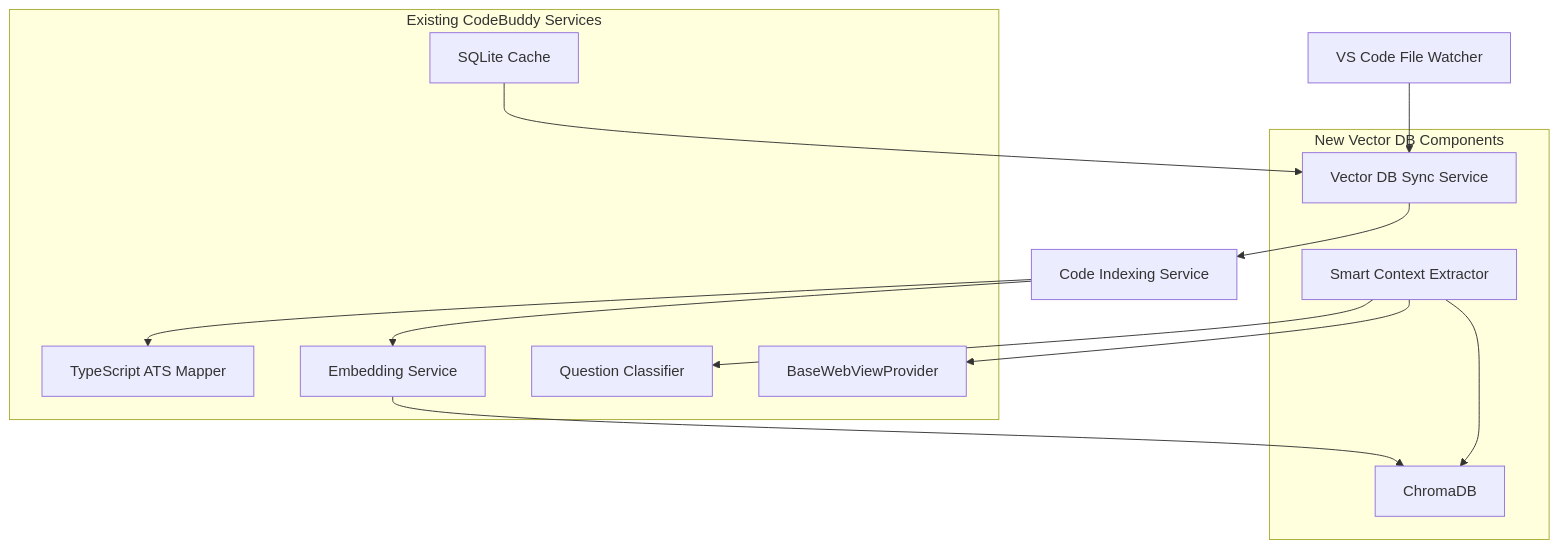
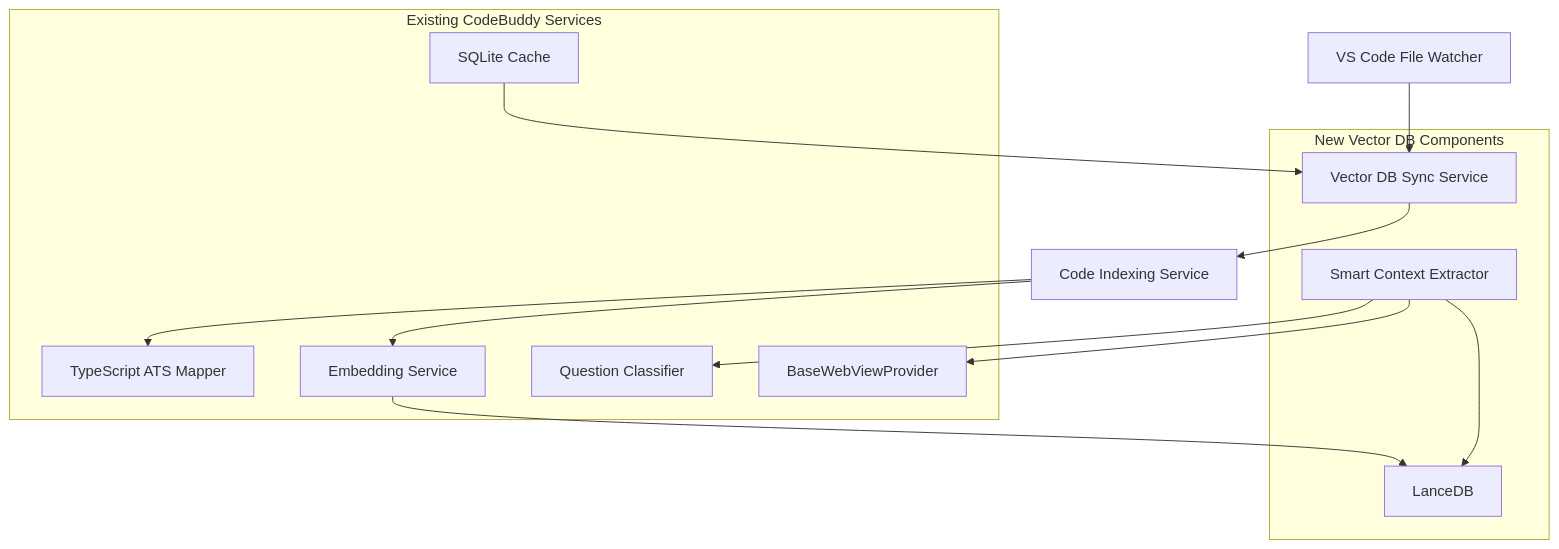
The diagram in docs/vector/VECTOR_DATABASE_KNOWLEDGEBASE.md (olasunkanmi-SE/codebuddy), drawn with Mermaid before and after one commit. The commit also changed other lines of this file and 11 other files, not shown here.

````diff
--- a/docs/vector/VECTOR_DATABASE_KNOWLEDGEBASE.md
+++ b/docs/vector/VECTOR_DATABASE_KNOWLEDGEBASE.md
@@ -55,26 +55,26 @@
 ```mermaid
 graph TB
     A[VS Code File Watcher] --> B[Vector DB Sync Service]
     B --> C[Code Indexing Service]
     C --> D[TypeScript ATS Mapper]
     C --> E[Embedding Service]
-    E --> F[ChromaDB]
+    E --> F[LanceDB]
     G[Smart Context Extractor] --> F
     G --> H[Question Classifier]
     G --> I[BaseWebViewProvider]
     J[SQLite Cache] --> B
 
     subgraph "Existing CodeBuddy Services"
         D
         E
         H
         I
         J
     end
 
     subgraph "New Vector DB Components"
         B
         F
         G
     end
 ```
````
